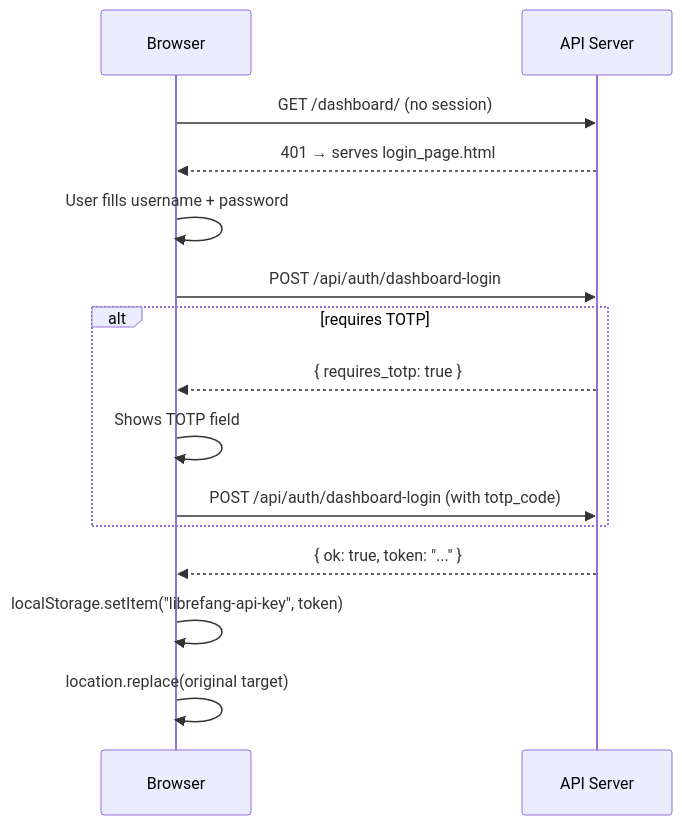
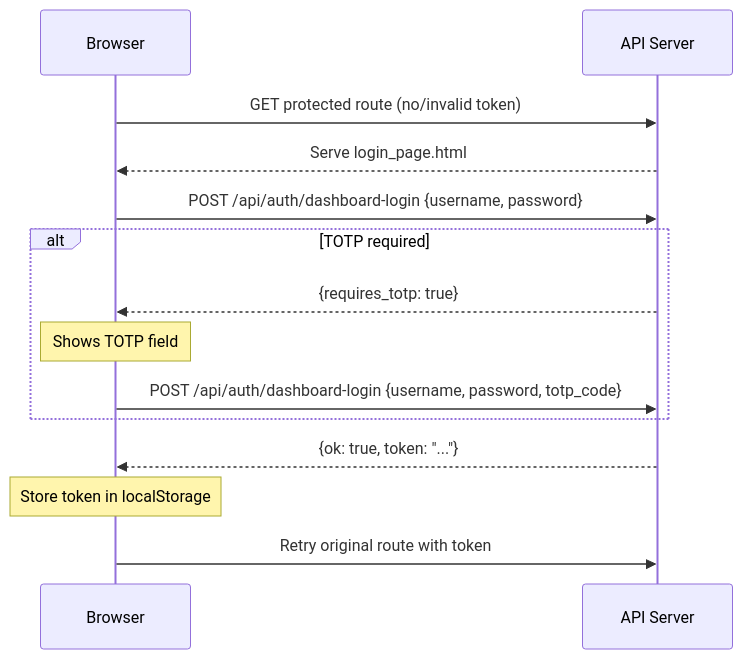
The diagram in other-librefang-api-src.md (leszek3737/librefang-WIki), drawn with Mermaid before and after one commit. The commit also changed other lines of this file and 100 other files, not shown here.

````diff
--- a/other-librefang-api-src.md
+++ b/other-librefang-api-src.md
@@ -13,17 +15,16 @@
 ```mermaid
 sequenceDiagram
     participant U as Browser
     participant S as API Server
-    U->>S: GET /dashboard/ (no session)
-    S-->>U: 401 → serves login_page.html
-    U->>U: User fills username + password
-    U->>S: POST /api/auth/dashboard-login
-    alt requires TOTP
-        S-->>U: { requires_totp: true }
-        U->>U: Shows TOTP field
-        U->>S: POST /api/auth/dashboard-login (with totp_code)
+    U->>S: GET protected route (no/invalid token)
+    S-->>U: Serve login_page.html
+    U->>S: POST /api/auth/dashboard-login {username, password}
+    alt TOTP required
+        S-->>U: {requires_totp: true}
+        Note over U: Shows TOTP field
+        U->>S: POST /api/auth/dashboard-login {username, password, totp_code}
     end
-    S-->>U: { ok: true, token: "..." }
-    U->>U: localStorage.setItem("librefang-api-key", token)
-    U->>U: location.replace(original target)
+    S-->>U: {ok: true, token: "..."}
+    Note over U: Store token in localStorage
+    U->>S: Retry original route with token
 ```
````
